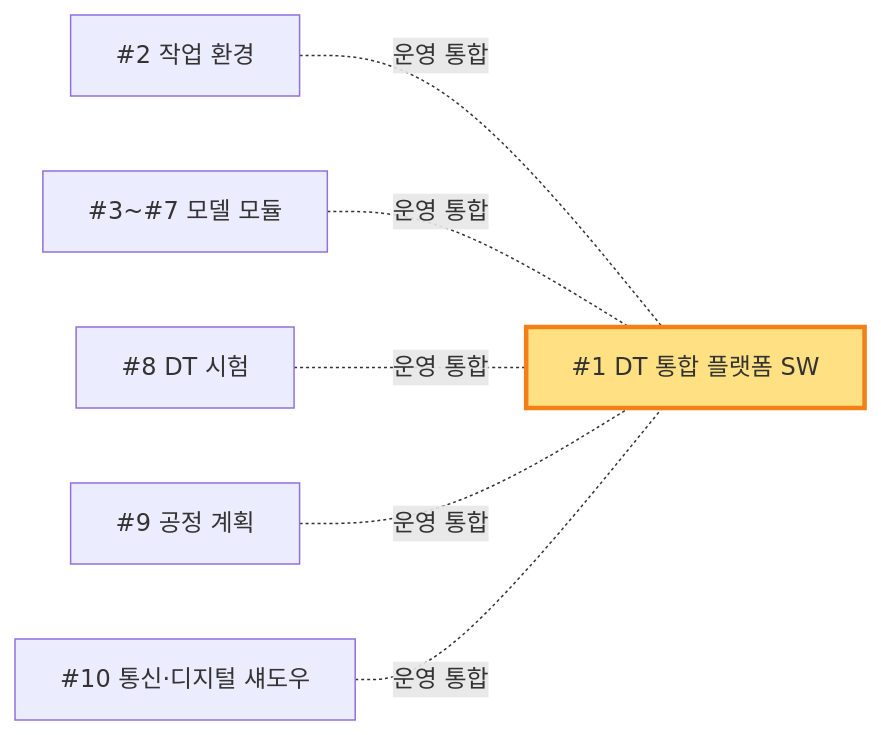
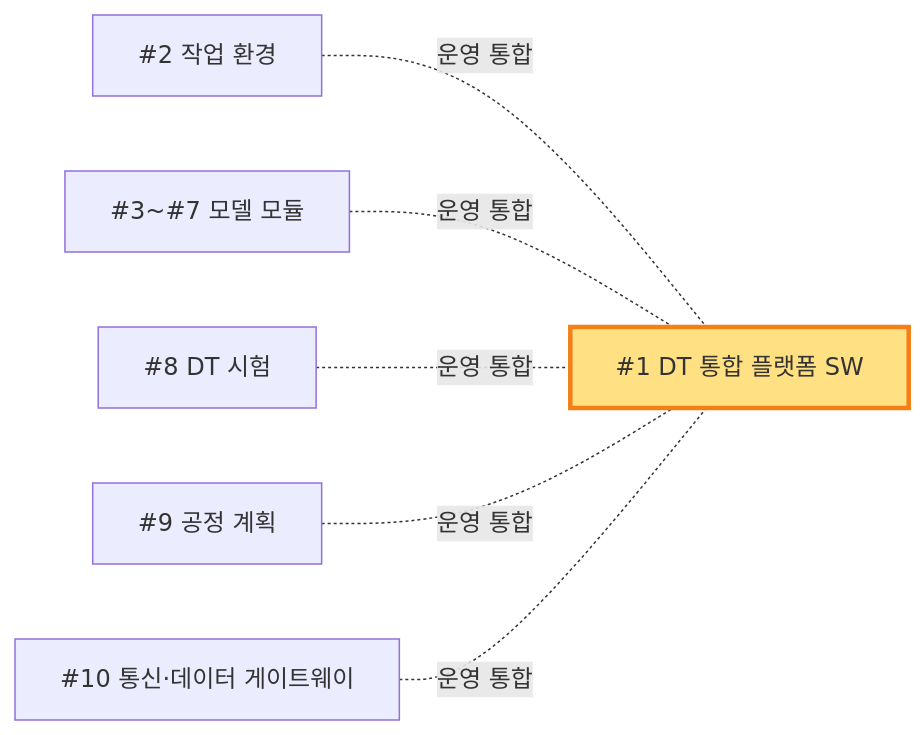
One commit to rebirther00/report changed the first of 15 diagrams in 11. DT/항목별_연계_다이어그램_v1.md. Above: the diagram before and after it, drawn with Mermaid. The commit also changed other lines of this file and 3 other files, not shown here.

First line of the commit message:
디지털 섀도우 시각화 → #1 이전 — 4개 동반 문서 동기화

````diff
--- a/11. DT/항목별_연계_다이어그램_v1.md
+++ b/11. DT/항목별_연계_다이어그램_v1.md
@@ -32,12 +32,12 @@
 ```mermaid
 graph LR
     M1[#2 작업 환경] -.운영 통합.- X
     M2[#3~#7 모델 모듈] -.운영 통합.- X
     M3[#8 DT 시험] -.운영 통합.- X
     M4[#9 공정 계획] -.운영 통합.- X
-    M5[#10 통신·디지털 섀도우] -.운영 통합.- X
+    M5[#10 통신·데이터 게이트웨이] -.운영 통합.- X
     
     X[#1 DT 통합 플랫폼 SW]
     
     style X fill:#FFE082,stroke:#F57F17,stroke-width:3px
 ```
````
